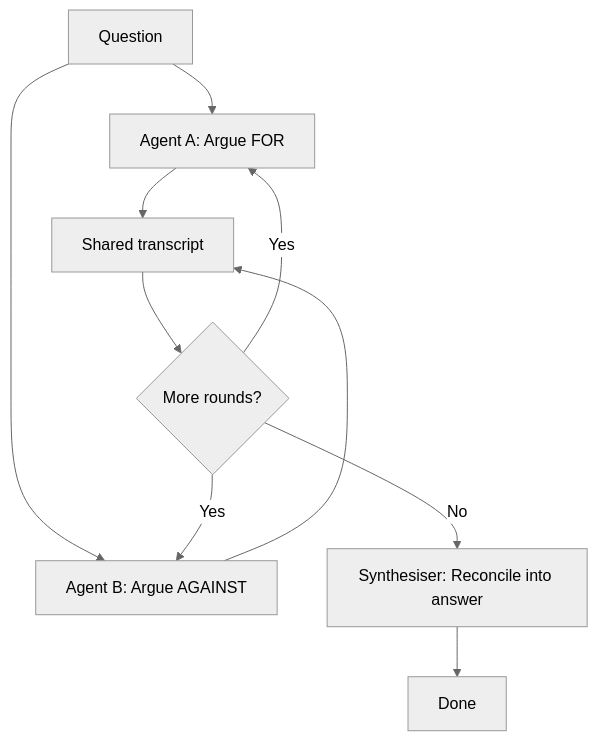
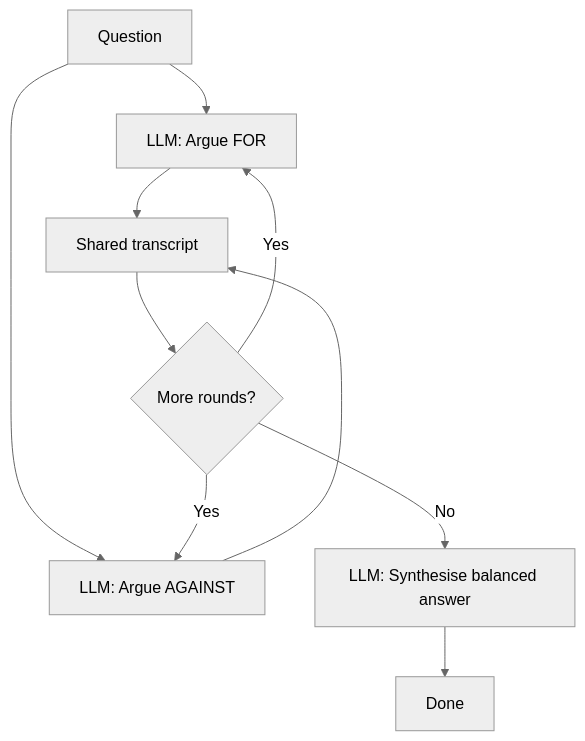
Before and after one commit to simonpfrank/agent-harness: diagram 11 of 13 in docs/agentic-design-patterns.md, drawn with Mermaid (neutral theme). The commit also changed other lines of this file and 16 other files, not shown here.

````diff
--- a/docs/agentic-design-patterns.md
+++ b/docs/agentic-design-patterns.md
@@ -215,12 +211,12 @@
 ```mermaid
 flowchart TD
-    A[Question] --> B[Agent A: Argue FOR]
-    A --> C[Agent B: Argue AGAINST]
+    A[Question] --> B[LLM: Argue FOR]
+    A --> C[LLM: Argue AGAINST]
     B --> D[Shared transcript]
     C --> D
     D --> E{More rounds?}
     E -->|Yes| B
     E -->|Yes| C
-    E -->|No| F[Synthesiser: Reconcile into answer]
+    E -->|No| F[LLM: Synthesise balanced answer]
     F --> G[Done]
 ```
````
